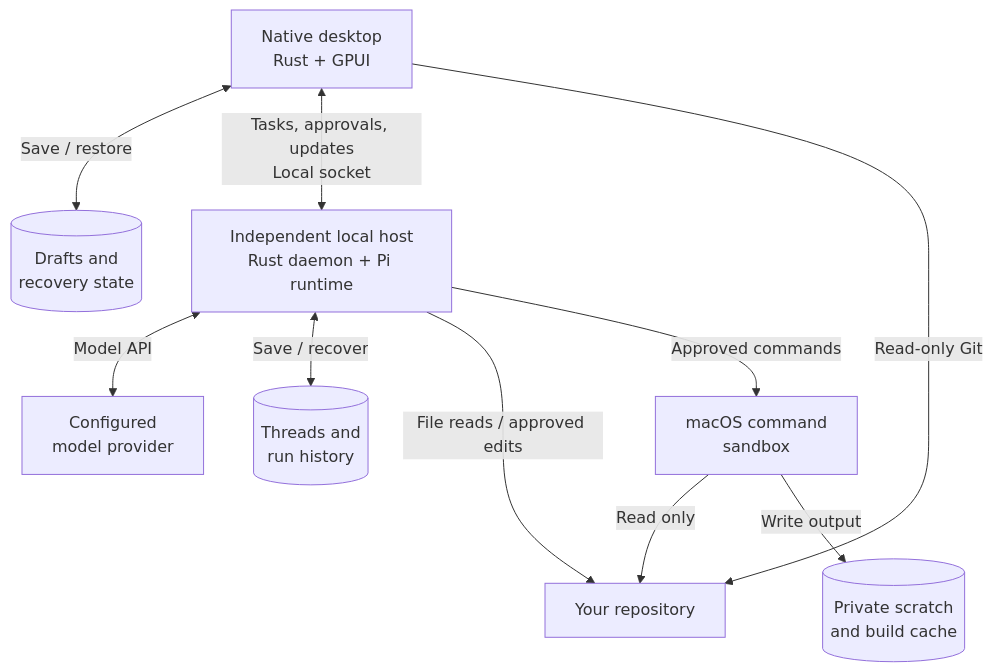
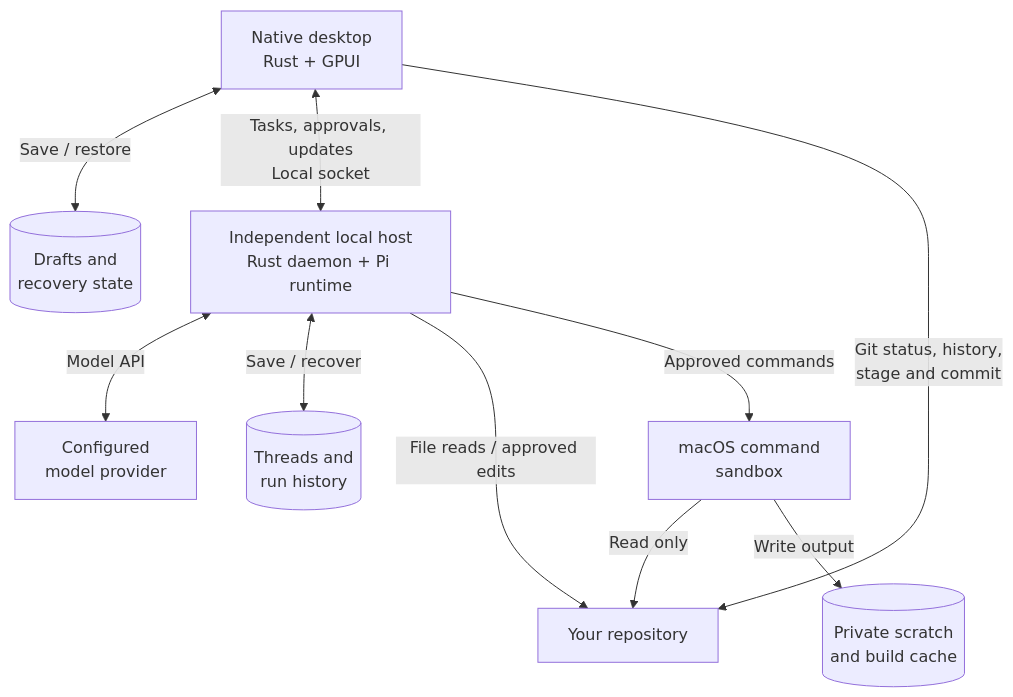
One commit to heath0xFF/plait changed the diagram in README.md. Above: the diagram before and after it, drawn with Mermaid. The commit also changed other lines of this file and 24 other files, not shown here.

First line of the commit message:
Stage, unstage, and commit from Changes; browse commits in History

````diff
--- a/README.md
+++ b/README.md
@@ -73,22 +74,22 @@
 ```mermaid
 flowchart TB
     accTitle: How Plait works today
     accDescr: The native desktop connects to an independent local host. The host calls the configured model provider, saves run history, and runs approved file edits and sandboxed commands. Desktop drafts are saved separately.
     desktop["Native desktop<br/>Rust + GPUI"]
     drafts[("Drafts and<br/>recovery state")]
     host["Independent local host<br/>Rust daemon + Pi runtime"]
     history[("Threads and<br/>run history")]
     provider["Configured<br/>model provider"]
     sandbox["macOS command<br/>sandbox"]
     checkout["Your repository"]
     cache[("Private scratch<br/>and build cache")]
     desktop <-->|Save / restore| drafts
     desktop <-->|"Tasks, approvals, updates<br/>Local socket"| host
     host <-->|Model API| provider
     host <-->|Save / recover| history
-    desktop -->|Read-only Git| checkout
+    desktop -->|"Git status, history,<br/>stage and commit"| checkout
     host -->|File reads / approved edits| checkout
     host -->|Approved commands| sandbox
     sandbox -->|Read only| checkout
     sandbox -->|Write output| cache
 ```
````
